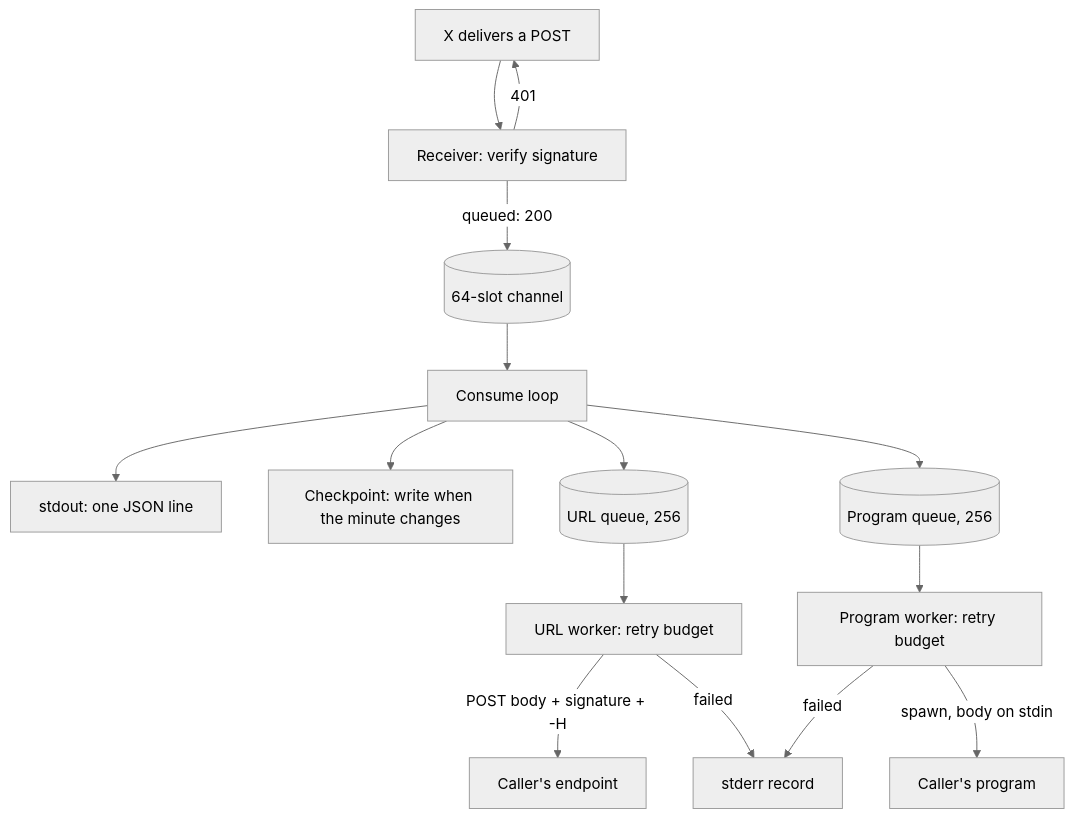
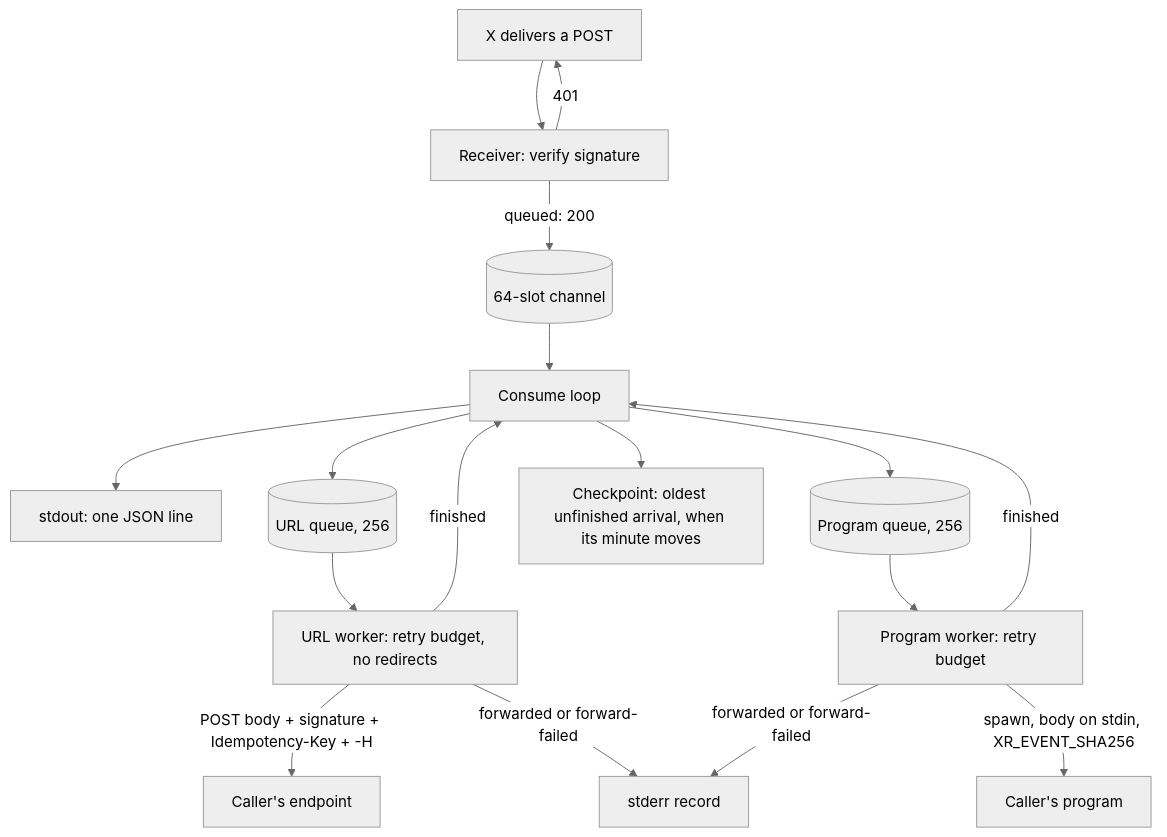
One commit to brettdavies/xurl-rs changed the first of 3 diagrams in docs/plans/2026-10-22-1551-feat-webhooks-listen-forwarding-plan.md. Above: the diagram before and after it, drawn with Mermaid (neutral theme). The commit also changed other lines of this file, not shown here.

First line of the commit message:
docs(plans): record the second eng review of the listen forwarding plan

````diff
--- a/docs/plans/2026-10-22-1551-feat-webhooks-listen-forwarding-plan.md
+++ b/docs/plans/2026-10-22-1551-feat-webhooks-listen-forwarding-plan.md
@@ -296,17 +318,19 @@
 ```mermaid
 flowchart TB
   X[X delivers a POST] --> R[Receiver: verify signature]
   R -->|401| X
   R -->|queued: 200| C[(64-slot channel)]
   C --> L[Consume loop]
   L --> O[stdout: one JSON line]
-  L --> K[Checkpoint: write when the minute changes]
   L --> QU[(URL queue, 256)]
   L --> QP[(Program queue, 256)]
-  QU --> WU[URL worker: retry budget]
+  QU --> WU[URL worker: retry budget, no redirects]
   QP --> WP[Program worker: retry budget]
-  WU -->|POST body + signature + -H| T1[Caller's endpoint]
-  WP -->|spawn, body on stdin| T2[Caller's program]
-  WU -->|failed| E[stderr record]
-  WP -->|failed| E
+  WU -->|POST body + signature + Idempotency-Key + -H| T1[Caller's endpoint]
+  WP -->|spawn, body on stdin, XR_EVENT_SHA256| T2[Caller's program]
+  WU -->|forwarded or forward-failed| E[stderr record]
+  WP -->|forwarded or forward-failed| E
+  WU -->|finished| L
+  WP -->|finished| L
+  L --> K[Checkpoint: oldest unfinished arrival, when its minute moves]
 ```
````
